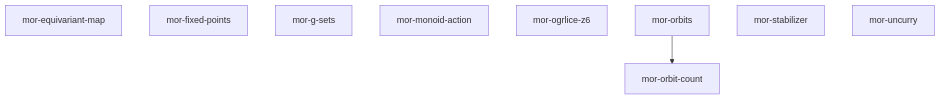
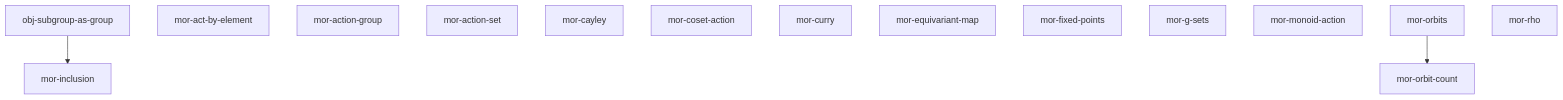
Before and after one commit to matsek-fer/reader: the seventh of 8 diagrams in examples/mini-vault/views/dag.md, drawn with Mermaid. The commit also changed other lines of this file and 750 other files, not shown here.

````diff
--- a/examples/mini-vault/views/dag.md
+++ b/examples/mini-vault/views/dag.md
@@ -135,13 +130,20 @@
 ```mermaid
 graph TD
+    obj_subgroup_as_group["obj-subgroup-as-group"]
+    mor_act_by_element["mor-act-by-element"]
+    mor_action_group["mor-action-group"]
+    mor_action_set["mor-action-set"]
+    mor_cayley["mor-cayley"]
+    mor_coset_action["mor-coset-action"]
+    mor_curry["mor-curry"]
     mor_equivariant_map["mor-equivariant-map"]
     mor_fixed_points["mor-fixed-points"]
     mor_g_sets["mor-g-sets"]
+    mor_inclusion["mor-inclusion"]
     mor_monoid_action["mor-monoid-action"]
-    mor_ogrlice_z6["mor-ogrlice-z6"]
     mor_orbit_count["mor-orbit-count"]
     mor_orbits["mor-orbits"]
-    mor_stabilizer["mor-stabilizer"]
-    mor_uncurry["mor-uncurry"]
+    mor_rho["mor-rho"]
+    obj_subgroup_as_group --> mor_inclusion
     mor_orbits --> mor_orbit_count
 ```
````
